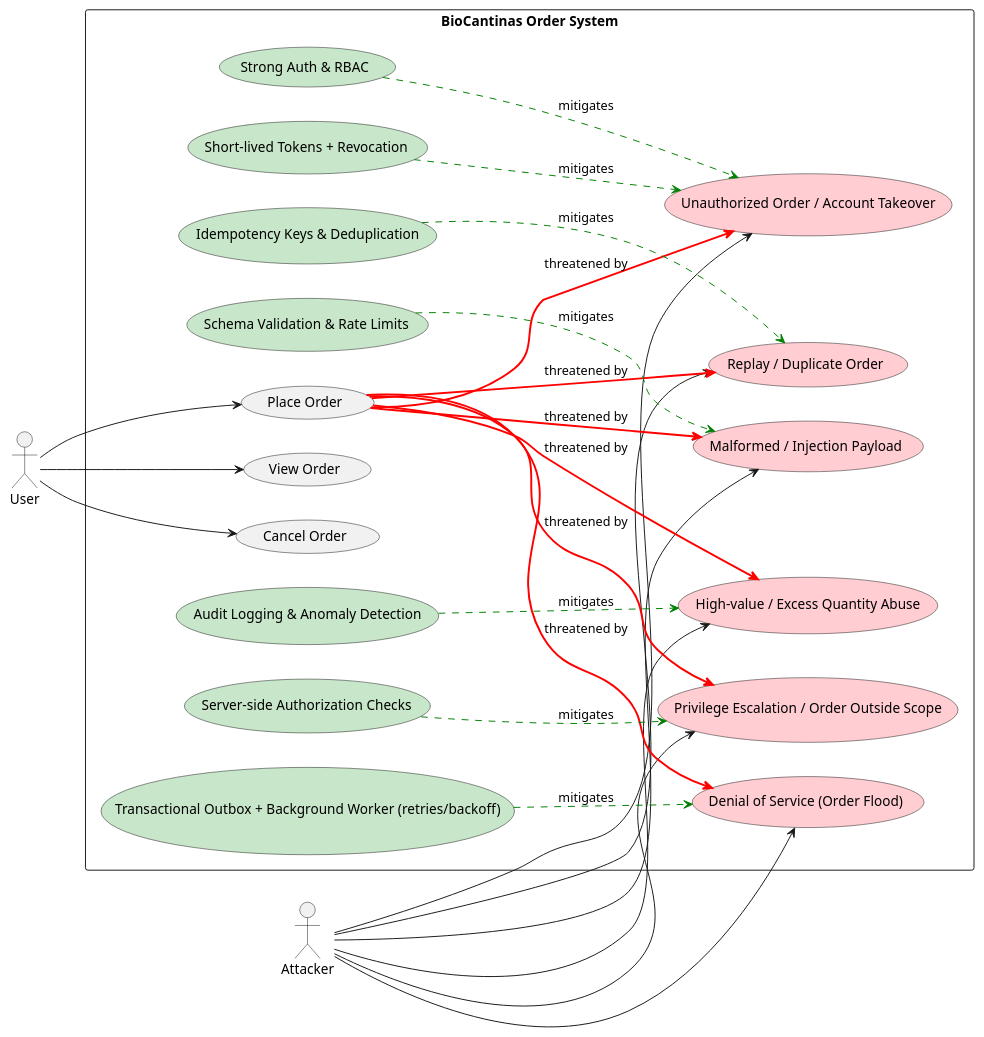
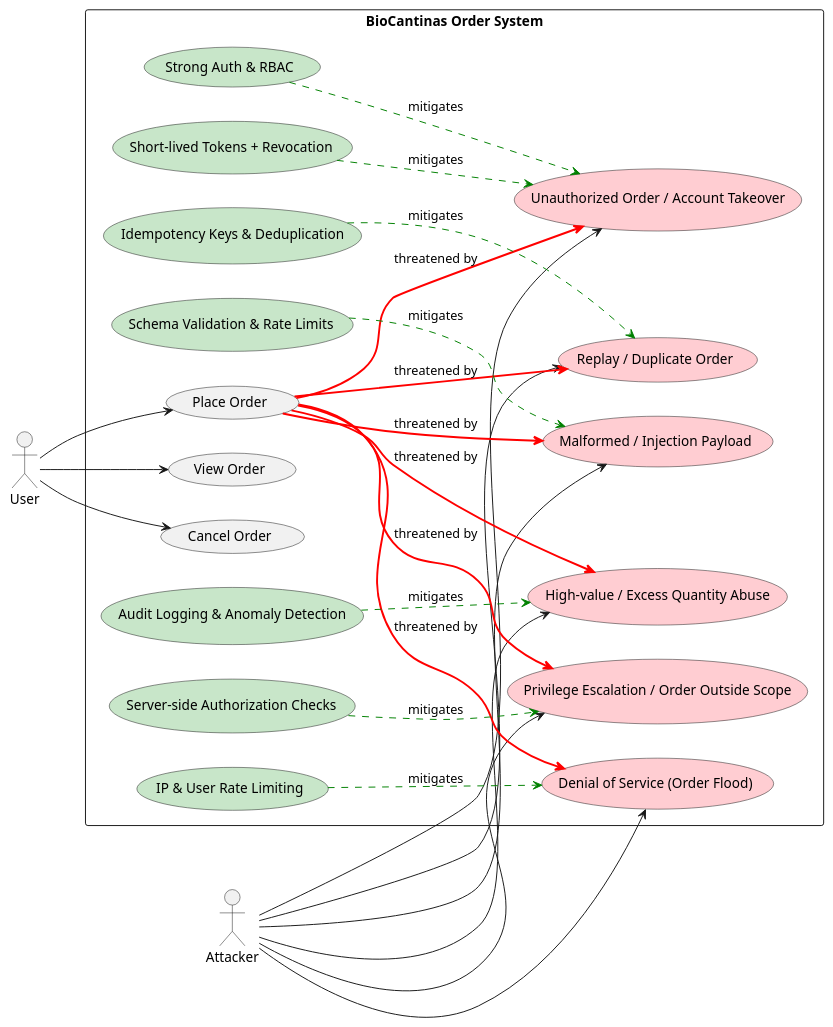
Before and after one commit to mei-desofs/desofs2026-thu_ffs_1: the diagram in Deliverables/phase1/diagrams/Abuse Cases/orderAbuseCase.puml, drawn with PlantUML. The commit also changed 2 other files, not shown here.

```diff
--- a/Deliverables/phase1/diagrams/Abuse Cases/orderAbuseCase.puml
+++ b/Deliverables/phase1/diagrams/Abuse Cases/orderAbuseCase.puml
@@ -1,57 +1,57 @@
 @startuml
 left to right direction
 skinparam packageStyle rectangle
 
 actor User
 actor Attacker
 
 package "BioCantinas Order System" {
 
     usecase "Place Order" as PlaceOrderUC
     usecase "View Order" as ViewOrderUC
     usecase "Cancel Order" as CancelOrderUC
 
     usecase "Unauthorized Order / Account Takeover" as TokenTheftAbuse #FFCDD2
     usecase "Replay / Duplicate Order" as ReplayAbuse #FFCDD2
     usecase "Malformed / Injection Payload" as InjectionAbuse #FFCDD2
     usecase "Privilege Escalation / Order Outside Scope" as PrivEscalationAbuse #FFCDD2
     usecase "Denial of Service (Order Flood)" as DoSAbuse #FFCDD2
     usecase "High-value / Excess Quantity Abuse" as BusinessLogicAbuse #FFCDD2
 
     usecase "Idempotency Keys & Deduplication" as IdempotencyMitigate #C8E6C9
     usecase "Short-lived Tokens + Revocation" as TokenMitigate #C8E6C9
     usecase "Strong Auth & RBAC" as AuthMitigate #C8E6C9
     usecase "Schema Validation & Rate Limits" as ValidationMitigate #C8E6C9
     usecase "Server-side Authorization Checks" as ServerAuthzMitigate #C8E6C9
-    usecase "Transactional Outbox + Background Worker (retries/backoff)" as QueueMitigate #C8E6C9
+    usecase "IP & User Rate Limiting" as RateLimitMitigate #C8E6C9
     usecase "Audit Logging & Anomaly Detection" as AuditMitigate #C8E6C9
 
     User --> PlaceOrderUC
     User --> ViewOrderUC
     User --> CancelOrderUC
 
     Attacker --> TokenTheftAbuse
     Attacker --> ReplayAbuse
     Attacker --> InjectionAbuse
     Attacker --> PrivEscalationAbuse
     Attacker --> DoSAbuse
     Attacker --> BusinessLogicAbuse
 
     PlaceOrderUC -[#red,bold]-> TokenTheftAbuse : threatened by
     PlaceOrderUC -[#red,bold]-> ReplayAbuse : threatened by
     PlaceOrderUC -[#red,bold]-> InjectionAbuse : threatened by
     PlaceOrderUC -[#red,bold]-> PrivEscalationAbuse : threatened by
     PlaceOrderUC -[#red,bold]-> DoSAbuse : threatened by
     PlaceOrderUC -[#red,bold]-> BusinessLogicAbuse : threatened by
 
     IdempotencyMitigate -[#green,dashed]-> ReplayAbuse : mitigates
     TokenMitigate -[#green,dashed]-> TokenTheftAbuse : mitigates
     AuthMitigate -[#green,dashed]-> TokenTheftAbuse : mitigates
     ValidationMitigate -[#green,dashed]-> InjectionAbuse : mitigates
     ServerAuthzMitigate -[#green,dashed]-> PrivEscalationAbuse : mitigates
-    QueueMitigate -[#green,dashed]-> DoSAbuse : mitigates
+    RateLimitMitigate -[#green,dashed]-> DoSAbuse : mitigates
     AuditMitigate -[#green,dashed]-> BusinessLogicAbuse : mitigates
 
 }
 
 @enduml
```
